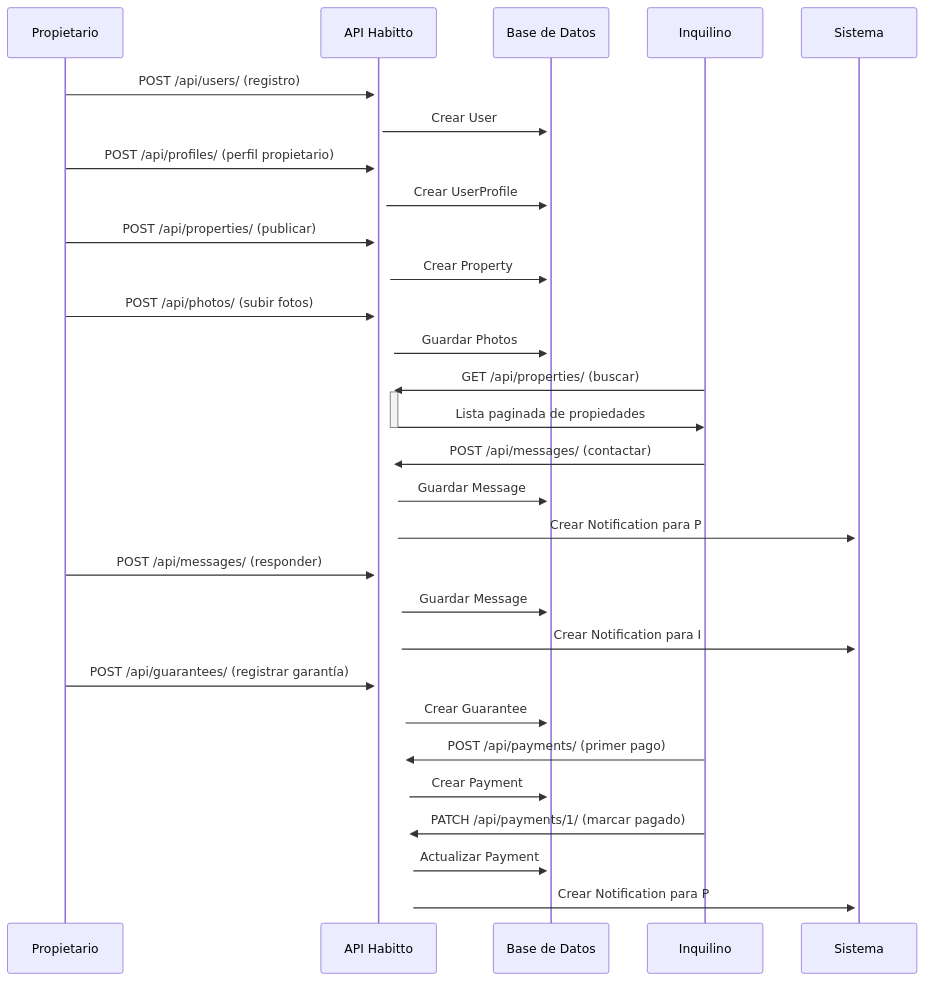
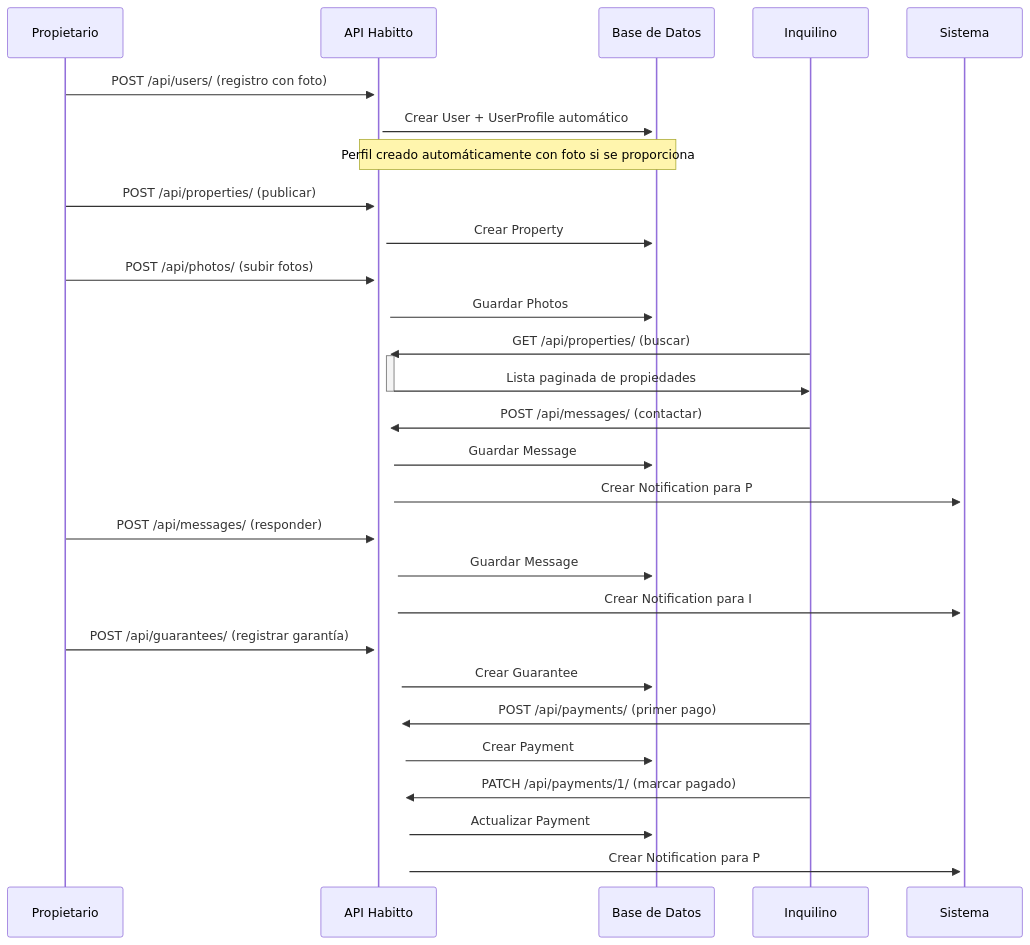
The first of 3 diagrams in FLOWS.md (marvinjoel2001/habitto_bk), drawn with Mermaid before and after one commit. The commit also changed other lines of this file and 16 other files, not shown here.

First line of the commit message:
feat(user): add profile picture functionality with history tracking

````diff
--- a/FLOWS.md
+++ b/FLOWS.md
@@ -576,37 +576,36 @@
 ```mermaid
 sequenceDiagram
     participant P as Propietario
     participant API as API Habitto
     participant DB as Base de Datos
     participant I as Inquilino
     participant S as Sistema
 
-    P->>+API: POST /api/users/ (registro)
-    API->>+DB: Crear User
-    P->>+API: POST /api/profiles/ (perfil propietario)
-    API->>+DB: Crear UserProfile
-    
+    P->>+API: POST /api/users/ (registro con foto)
+    API->>+DB: Crear User + UserProfile automático
+    Note over API,DB: Perfil creado automáticamente con foto si se proporciona
+
     P->>+API: POST /api/properties/ (publicar)
     API->>+DB: Crear Property
     P->>+API: POST /api/photos/ (subir fotos)
     API->>+DB: Guardar Photos
-    
+
     I->>+API: GET /api/properties/ (buscar)
     API->>-I: Lista paginada de propiedades
     I->>+API: POST /api/messages/ (contactar)
     API->>+DB: Guardar Message
     API->>+S: Crear Notification para P
-    
+
     P->>+API: POST /api/messages/ (responder)
     API->>+DB: Guardar Message
     API->>+S: Crear Notification para I
-    
+
     P->>+API: POST /api/guarantees/ (registrar garantía)
     API->>+DB: Crear Guarantee
     I->>+API: POST /api/payments/ (primer pago)
     API->>+DB: Crear Payment
-    
+
     I->>+API: PATCH /api/payments/1/ (marcar pagado)
     API->>+DB: Actualizar Payment
     API->>+S: Crear Notification para P
 ```
````
